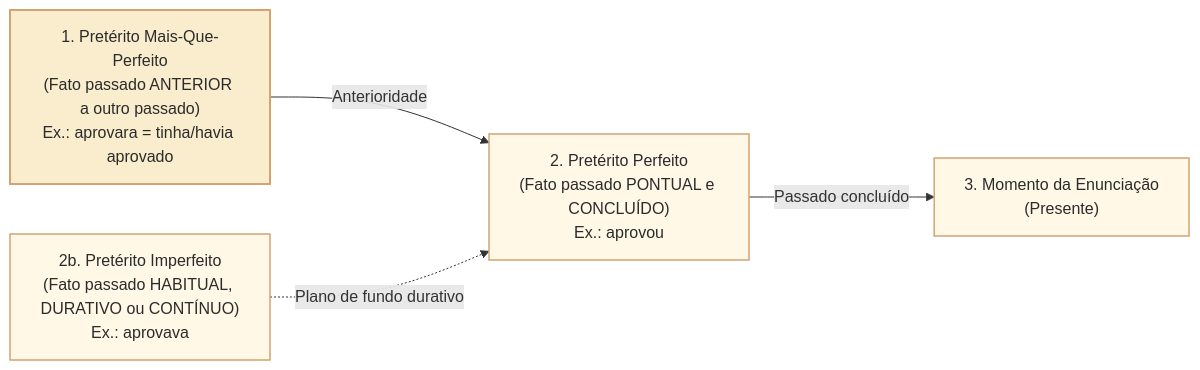
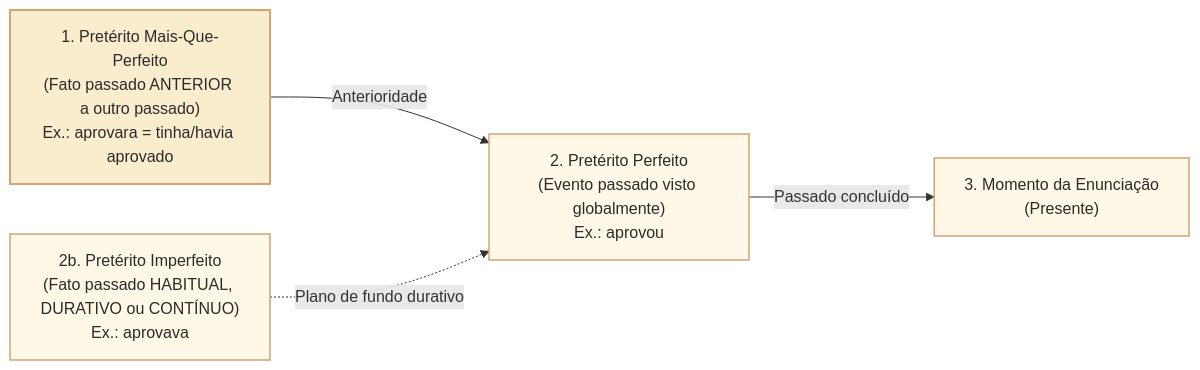
One commit to leorruas/concursos changed the second of 2 diagrams in 3 - Materias/Portugues/21 - tempo modo e aspecto verbal na construcao do texto.md. Above: the diagram before and after it, drawn with Mermaid. The commit also changed other lines of this file, not shown here.

````diff
--- a/3 - Materias/Portugues/21 - tempo modo e aspecto verbal na construcao do texto.md
+++ b/3 - Materias/Portugues/21 - tempo modo e aspecto verbal na construcao do texto.md
@@ -86,14 +86,14 @@
 ```mermaid
 flowchart LR
     classDef default fill:#fff8e7,stroke:#d4a373,stroke-width:1.5px,color:#2b2b2b;
     classDef destaque fill:#faedcd,stroke:#d4a373,stroke-width:2px,color:#2b2b2b;
 
     MQP["1. Pretérito Mais-Que-Perfeito<br>(Fato passado ANTERIOR a outro passado)<br>Ex.: aprovara = tinha/havia aprovado"]:::destaque
-    PERF["2. Pretérito Perfeito<br>(Fato passado PONTUAL e CONCLUÍDO)<br>Ex.: aprovou"]
+    PERF["2. Pretérito Perfeito<br>(Evento passado visto globalmente)<br>Ex.: aprovou"]
     IMP["2b. Pretérito Imperfeito<br>(Fato passado HABITUAL, DURATIVO ou CONTÍNUO)<br>Ex.: aprovava"]
     PRES["3. Momento da Enunciação<br>(Presente)"]
 
     MQP -->|Anterioridade| PERF
     PERF -->|Passado concluído| PRES
     IMP -.->|Plano de fundo durativo| PERF
 ```
````
